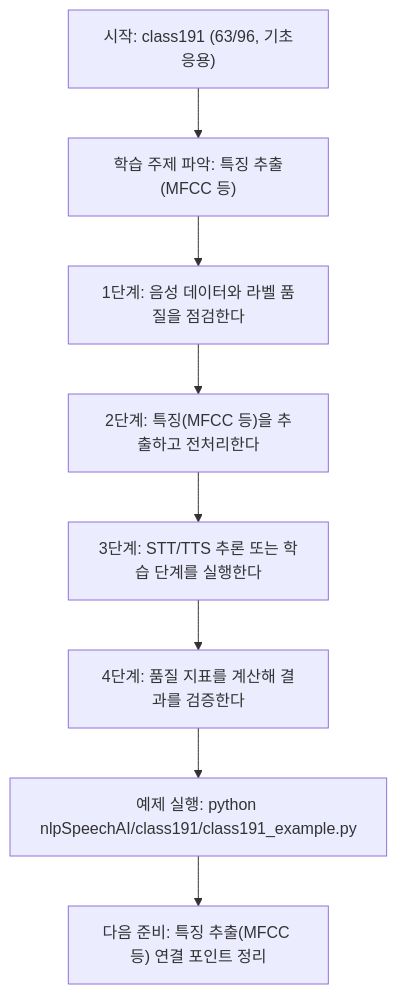
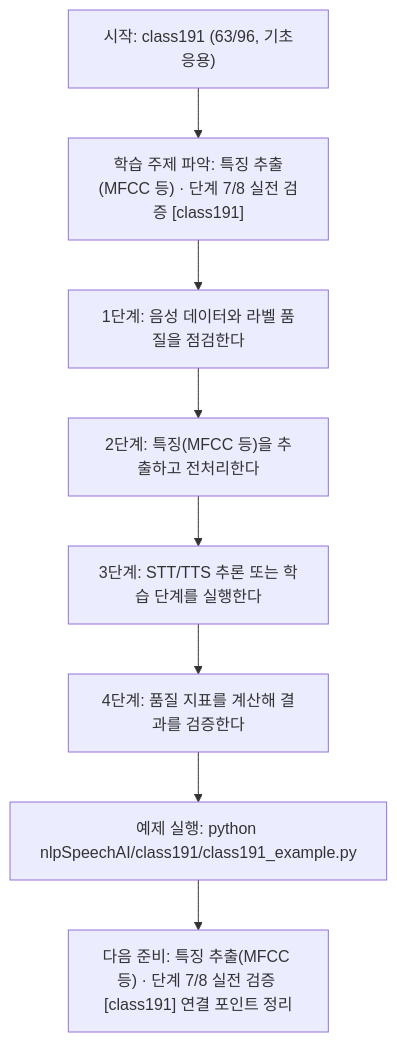
The diagram in nlpSpeechAI/class191/class191.md (edumgt/Python-AI_Agent-Class), drawn with Mermaid before and after one commit. The commit also changed other lines of this file and 522 other files, not shown here.

````diff
--- a/nlpSpeechAI/class191/class191.md
+++ b/nlpSpeechAI/class191/class191.md
@@ -113,18 +114,18 @@
 ```mermaid
 flowchart TD
 N1["시작: class191 (63/96, 기초응용)"]
-N2["학습 주제 파악: 특징 추출(MFCC 등)"]
+N2["학습 주제 파악: 특징 추출(MFCC 등) · 단계 7/8 실전 검증 [class191]"]
 N3["1단계: 음성 데이터와 라벨 품질을 점검한다"]
 N4["2단계: 특징(MFCC 등)을 추출하고 전처리한다"]
 N5["3단계: STT/TTS 추론 또는 학습 단계를 실행한다"]
 N6["4단계: 품질 지표를 계산해 결과를 검증한다"]
 N7["예제 실행: python nlpSpeechAI/class191/class191_example.py"]
-N8["다음 준비: 특징 추출(MFCC 등) 연결 포인트 정리"]
+N8["다음 준비: 특징 추출(MFCC 등) · 단계 7/8 실전 검증 [class191] 연결 포인트 정리"]
 N1 --> N2
 N2 --> N3
 N3 --> N4
 N4 --> N5
 N5 --> N6
 N6 --> N7
 N7 --> N8
 ```
````
